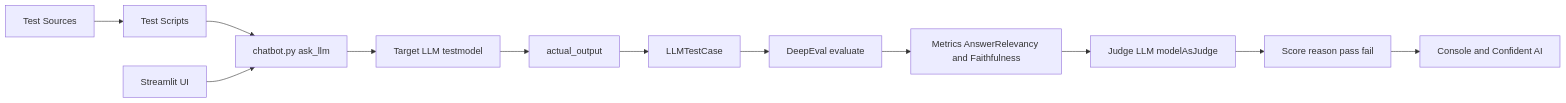
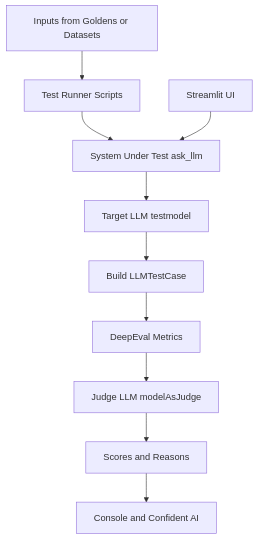
Before and after one commit to milindk1998/AI-QA-Test-Framework: the diagram in README.md, drawn with Mermaid. The commit also changed other lines of this file, not shown here.

Commit message:
Simplify README architecture diagram for GitHub rendering

````diff
--- a/README.md
+++ b/README.md
@@ -30,14 +30,16 @@
 ```mermaid
-flowchart LR
-   A[Test Sources] --> B[Test Scripts]
-   B --> C[chatbot.py ask_llm]
-   C --> D[Target LLM testmodel]
-   D --> E[actual_output]
-   E --> F[LLMTestCase]
-   F --> G[DeepEval evaluate]
-   G --> H[Metrics AnswerRelevancy and Faithfulness]
-   H --> I[Judge LLM modelAsJudge]
-   I --> J[Score reason pass fail]
-   J --> K[Console and Confident AI]
-   L[Streamlit UI] --> C
+flowchart TB
+   A[Inputs from Goldens or Datasets]
+   B[Test Runner Scripts]
+   C[System Under Test ask_llm]
+   D[Target LLM testmodel]
+   E[Build LLMTestCase]
+   F[DeepEval Metrics]
+   G[Judge LLM modelAsJudge]
+   H[Scores and Reasons]
+   I[Console and Confident AI]
+   U[Streamlit UI]
+
+   A --> B --> C --> D --> E --> F --> G --> H --> I
+   U --> C
 ```
````
